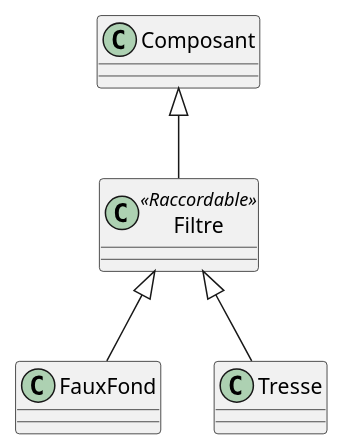
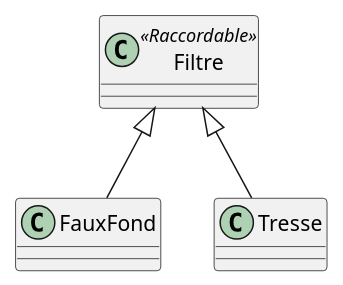
Before and after one commit to beerfactory/brewbox-uml: the diagram in filtre.iuml, drawn with PlantUML. The commit also changed 8 other files, not shown here.

```diff
--- a/filtre.iuml
+++ b/filtre.iuml
@@ -1,15 +1,14 @@
 class Filtre <<Raccordable>> {
 	
 }
 
 class FauxFond {
 	
 }
 
 class Tresse {
 	
 }
 
 Filtre <|-- Tresse
 Filtre <|-- FauxFond
-Composant <|-- Filtre
```
